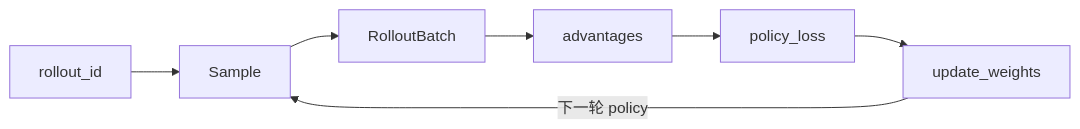
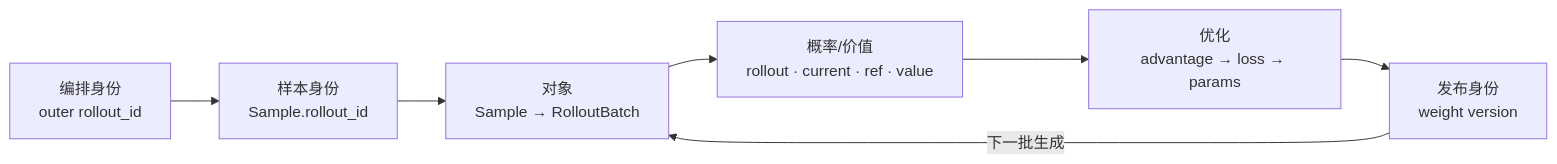
One commit to OnlyHero5/sglang-reading-vault changed the second of 2 diagrams in slime_reading/导读与总览/Slime-关键概念.md. Above: the diagram before and after it, drawn with Mermaid. The commit also changed other lines of this file and 512 other files, not shown here.

````diff
--- a/slime_reading/导读与总览/Slime-关键概念.md
+++ b/slime_reading/导读与总览/Slime-关键概念.md
@@ -278,16 +216,12 @@
 ```mermaid
 flowchart LR
-    RID["rollout_id"]
-    S["Sample"]
-    TB["RolloutBatch"]
-    ADV["advantages"]
-    PL["policy_loss"]
-    UW["update_weights"]
+    I["编排身份<br/>outer rollout_id"]
+    S["样本身份<br/>Sample.rollout_id"]
+    O["对象<br/>Sample → RolloutBatch"]
+    P["概率/价值<br/>rollout · current · ref · value"]
+    L["优化<br/>advantage → loss → params"]
+    V["发布身份<br/>weight version"]
 
-    RID --> S
-    S --> TB
-    TB --> ADV
-    ADV --> PL
-    PL --> UW
-    UW -->|"下一轮 policy"| S
+    I --> S --> O --> P --> L --> V
+    V -->|"下一批生成"| O
 ```
````
